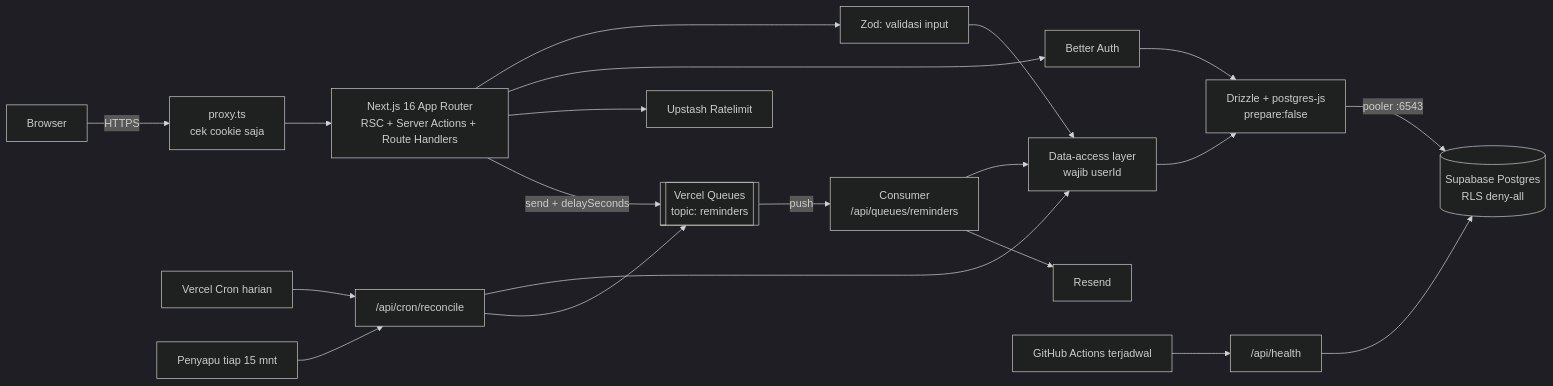
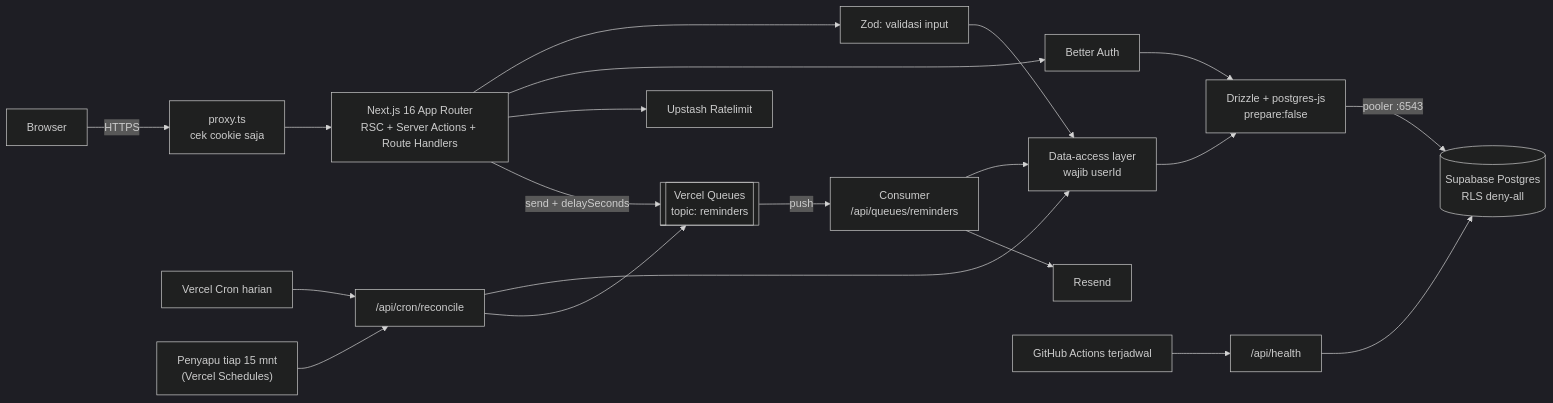
Before and after one commit to Achmad-Mahrusiy/montenku: the first of 3 diagrams in docs/fase-0-arsitektur.md, drawn with Mermaid (dark theme). The commit also changed other lines of this file and 1 other file, not shown here.

````diff
--- a/docs/fase-0-arsitektur.md
+++ b/docs/fase-0-arsitektur.md
@@ -7,20 +7,20 @@
 ```mermaid
 flowchart LR
   B[Browser] -->|HTTPS| P["proxy.ts<br/>cek cookie saja"]
   P --> N["Next.js 16 App Router<br/>RSC + Server Actions + Route Handlers"]
   N --> Z["Zod: validasi input"]
   Z --> DAL["Data-access layer<br/>wajib userId"]
   DAL --> DR["Drizzle + postgres-js<br/>prepare:false"]
   DR -->|"pooler :6543"| DB[("Supabase Postgres<br/>RLS deny-all")]
   N --> BA[Better Auth] --> DR
   N --> RL[Upstash Ratelimit]
   N -->|"send + delaySeconds"| Q[["Vercel Queues<br/>topic: reminders"]]
   Q -->|push| C["Consumer<br/>/api/queues/reminders"]
   C --> DAL
   C --> RS[Resend]
   CR[Vercel Cron harian] --> REC["/api/cron/reconcile"]
-  SW[Penyapu tiap 15 mnt] --> REC
+  SW["Penyapu tiap 15 mnt<br/>(Vercel Schedules)"] --> REC
   REC --> DAL
   REC --> Q
   GH[GitHub Actions terjadwal] --> H["/api/health"] --> DB
 ```
````
